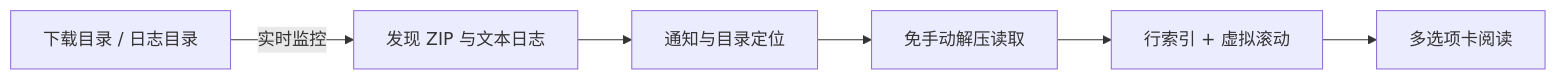
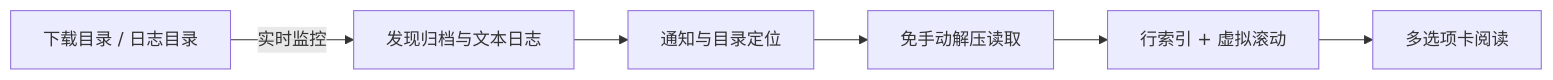
The diagram in README_ZH.md (Strive-Sun/LogCrate), drawn with Mermaid before and after one commit. The commit also changed other lines of this file and 29 other files, not shown here.

````diff
--- a/README_ZH.md
+++ b/README_ZH.md
@@ -59,8 +59,8 @@
 ```mermaid
 flowchart LR
-    A[下载目录 / 日志目录] -->|实时监控| B[发现 ZIP 与文本日志]
+    A[下载目录 / 日志目录] -->|实时监控| B[发现归档与文本日志]
     B --> C[通知与目录定位]
     C --> D[免手动解压读取]
     D --> E[行索引 + 虚拟滚动]
     E --> F[多选项卡阅读]
 ```
````
